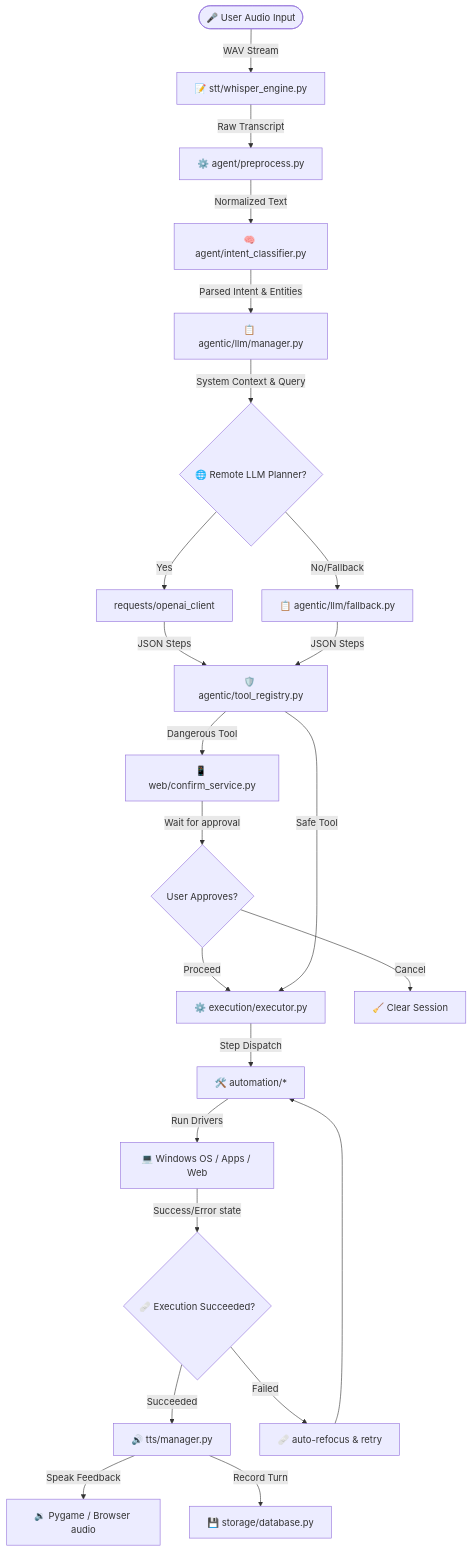
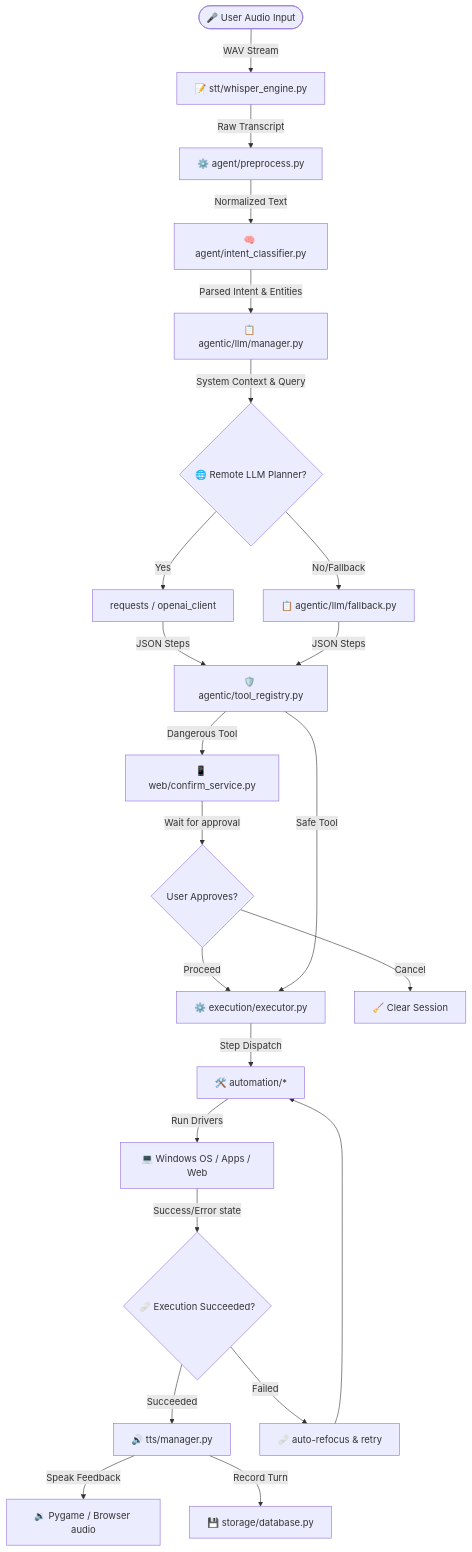
Before and after one commit to Ashmita1206/AI-VOICE-ASSISSTANT: the second of 4 diagrams in README.md, drawn with Mermaid. The commit also changed other lines of this file, not shown here.

````diff
--- a/README.md
+++ b/README.md
@@ -58,33 +204,33 @@
 ```mermaid
 graph TD
-    User([🎤 User Audio Input]) --> |WAV Stream| STT[📝 stt/whisper_engine.py]
-    STT --> |Raw Transcript| Normalizer[⚙️ agent/preprocess.py]
-    Normalizer --> |Normalized Text| IntentClassifier[🧠 agent/intent_classifier.py]
-    
-    IntentClassifier --> |Parsed Intent & Entities| PlannerManager[📋 agentic/llm/manager.py]
-    PlannerManager --> |System Context & Query| RemoteLLM{🌐 Remote LLM Planner?}
-    
-    RemoteLLM -- Yes --> API[requests/openai_client]
+    User([🎤 User Audio Input]) -->|WAV Stream| STT[📝 stt/whisper_engine.py]
+    STT -->|Raw Transcript| Normalizer[⚙️ agent/preprocess.py]
+    Normalizer -->|Normalized Text| IntentClassifier[🧠 agent/intent_classifier.py]
+
+    IntentClassifier -->|Parsed Intent & Entities| PlannerManager[📋 agentic/llm/manager.py]
+    PlannerManager -->|System Context & Query| RemoteLLM{🌐 Remote LLM Planner?}
+
+    RemoteLLM -- Yes --> API[requests / openai_client]
     RemoteLLM -- No/Fallback --> Heuristic[📋 agentic/llm/fallback.py]
-    
-    API --> |JSON Steps| SafetyGate[🛡️ agentic/tool_registry.py]
-    Heuristic --> |JSON Steps| SafetyGate
-    
+
+    API -->|JSON Steps| SafetyGate[🛡️ agentic/tool_registry.py]
+    Heuristic -->|JSON Steps| SafetyGate
+
     SafetyGate -- Dangerous Tool --> Queue[📱 web/confirm_service.py]
-    Queue --> |Wait for approval| Approval{User Approves?}
+    Queue -->|Wait for approval| Approval{User Approves?}
     Approval -- Proceed --> Executor[⚙️ execution/executor.py]
     Approval -- Cancel --> Clear[🧹 Clear Session]
-    
+
     SafetyGate -- Safe Tool --> Executor
-    
-    Executor --> |Step Dispatch| Automation[🛠️ automation/*]
-    Automation --> |Run Drivers| Windows[💻 Windows OS / Apps / Web]
-    
-    Windows --> |Success/Error state| Recovery{🩹 Execution Succeeded?}
+
+    Executor -->|Step Dispatch| Automation[🛠️ automation/*]
+    Automation -->|Run Drivers| Windows[💻 Windows OS / Apps / Web]
+
+    Windows -->|Success/Error state| Recovery{🩹 Execution Succeeded?}
     Recovery -- Succeeded --> TTS[🔊 tts/manager.py]
     Recovery -- Failed --> Refocus[🩹 auto-refocus & retry]
     Refocus --> Automation
-    
-    TTS --> |Speak Feedback| Playback[🔉 Pygame / Browser audio]
-    TTS --> |Record Turn| DB[💾 storage/database.py]
+
+    TTS -->|Speak Feedback| Playback[🔉 Pygame / Browser audio]
+    TTS -->|Record Turn| DB[💾 storage/database.py]
 ```
````
